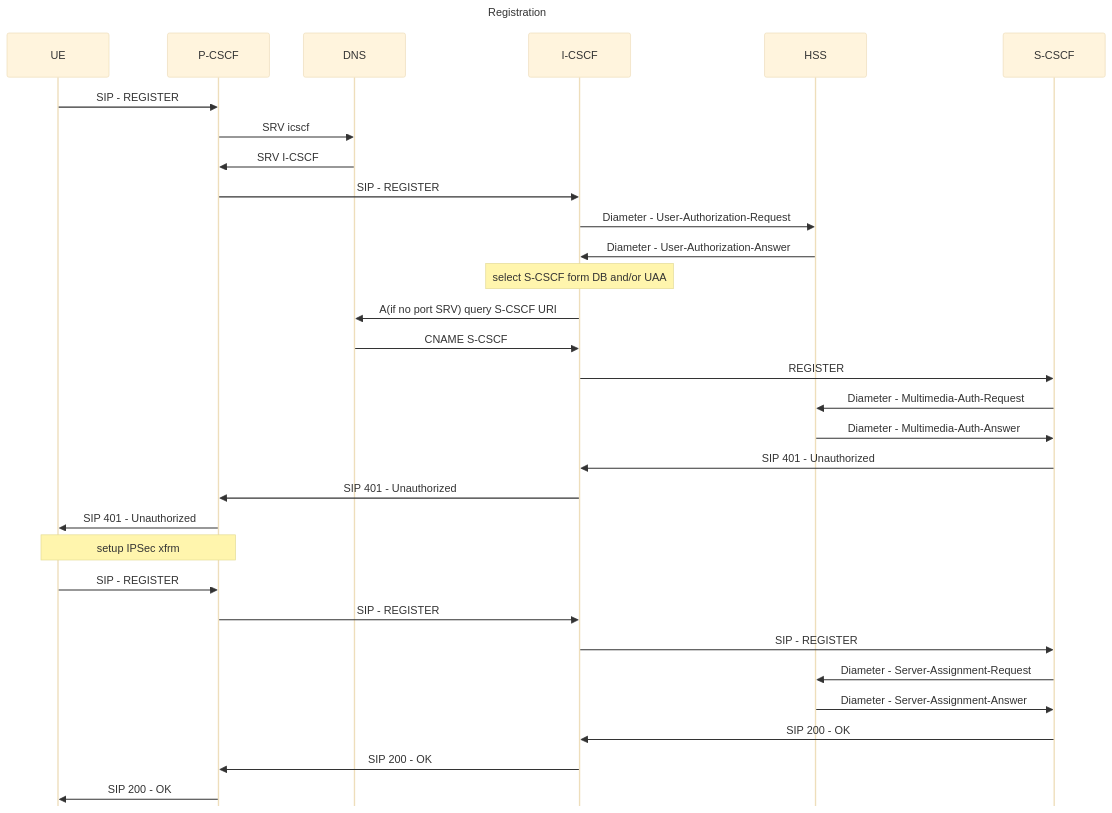
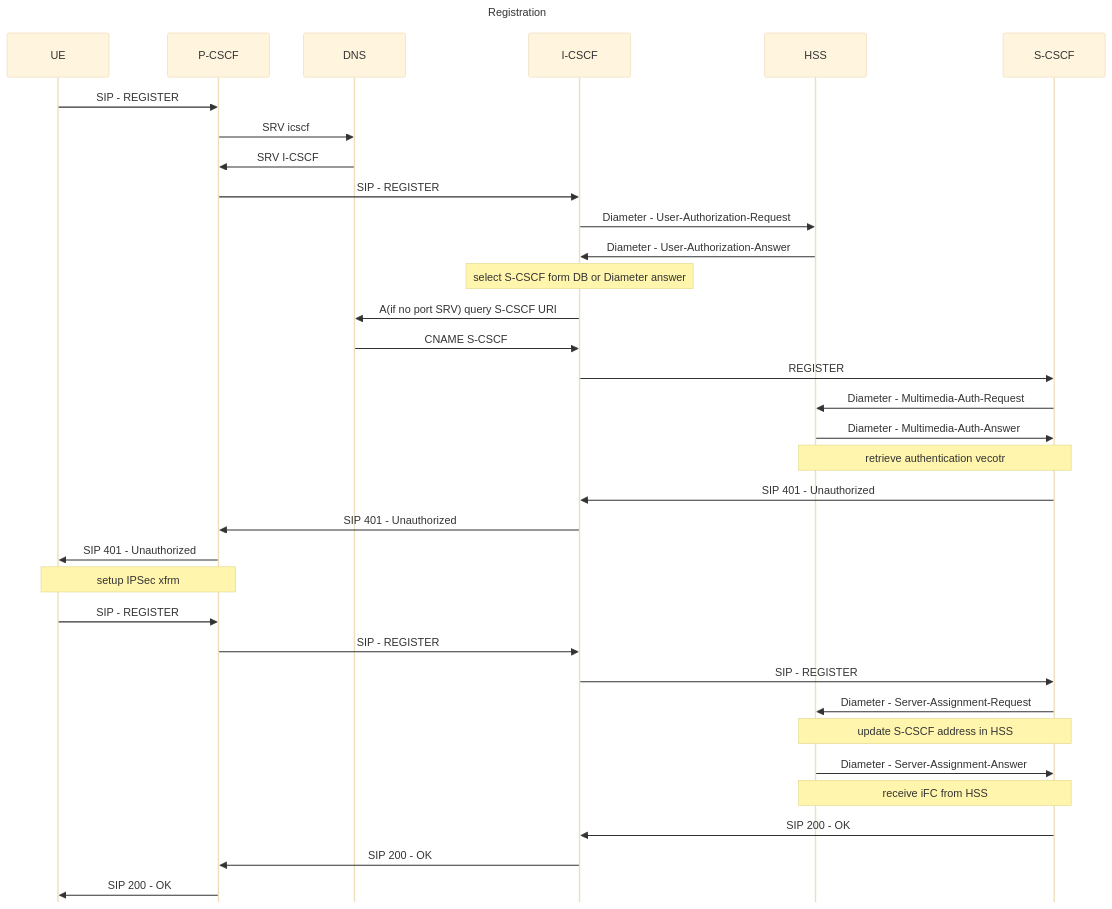
Before and after one commit to lyatanski/ims: the first of 5 diagrams in doc/registration.md, drawn with Mermaid (base theme). The commit also changed 2 other files, not shown here.

Commit message:
Update documentation (#120)

````diff
--- a/doc/registration.md
+++ b/doc/registration.md
@@ -1,32 +1,35 @@
 ```mermaid
 ---
 title: Registration
 config:
   mirrorActors: false
 ---
 sequenceDiagram
     UE->>P-CSCF: SIP - REGISTER
     P-CSCF->>DNS: SRV icscf
     DNS->>P-CSCF: SRV I-CSCF
     P-CSCF->>I-CSCF: SIP - REGISTER
     I-CSCF->>HSS: Diameter - User-Authorization-Request
     HSS->>I-CSCF: Diameter - User-Authorization-Answer
-    Note over I-CSCF: select S-CSCF form DB and/or UAA
+    Note over I-CSCF: select S-CSCF form DB or Diameter answer
     I-CSCF->>DNS: A(if no port SRV) query S-CSCF URI
     DNS->>I-CSCF: CNAME S-CSCF
     I-CSCF->>S-CSCF: REGISTER
     S-CSCF->>HSS: Diameter - Multimedia-Auth-Request
     HSS->>S-CSCF: Diameter - Multimedia-Auth-Answer
+    Note over S-CSCF,HSS: retrieve authentication vecotr
     S-CSCF->>I-CSCF: SIP 401 - Unauthorized
     I-CSCF->>P-CSCF: SIP 401 - Unauthorized
     P-CSCF->>UE: SIP 401 - Unauthorized
     Note over UE,P-CSCF: setup IPSec xfrm
     UE->>P-CSCF: SIP - REGISTER
     P-CSCF->>I-CSCF: SIP - REGISTER
     I-CSCF->>S-CSCF: SIP - REGISTER
     S-CSCF->>HSS: Diameter - Server-Assignment-Request
+    Note over S-CSCF,HSS: update S-CSCF address in HSS
     HSS->>S-CSCF: Diameter - Server-Assignment-Answer
+    Note over S-CSCF,HSS: receive iFC from HSS
     S-CSCF->>I-CSCF: SIP 200 - OK
     I-CSCF->>P-CSCF: SIP 200 - OK
     P-CSCF->>UE: SIP 200 - OK
 ```
````
